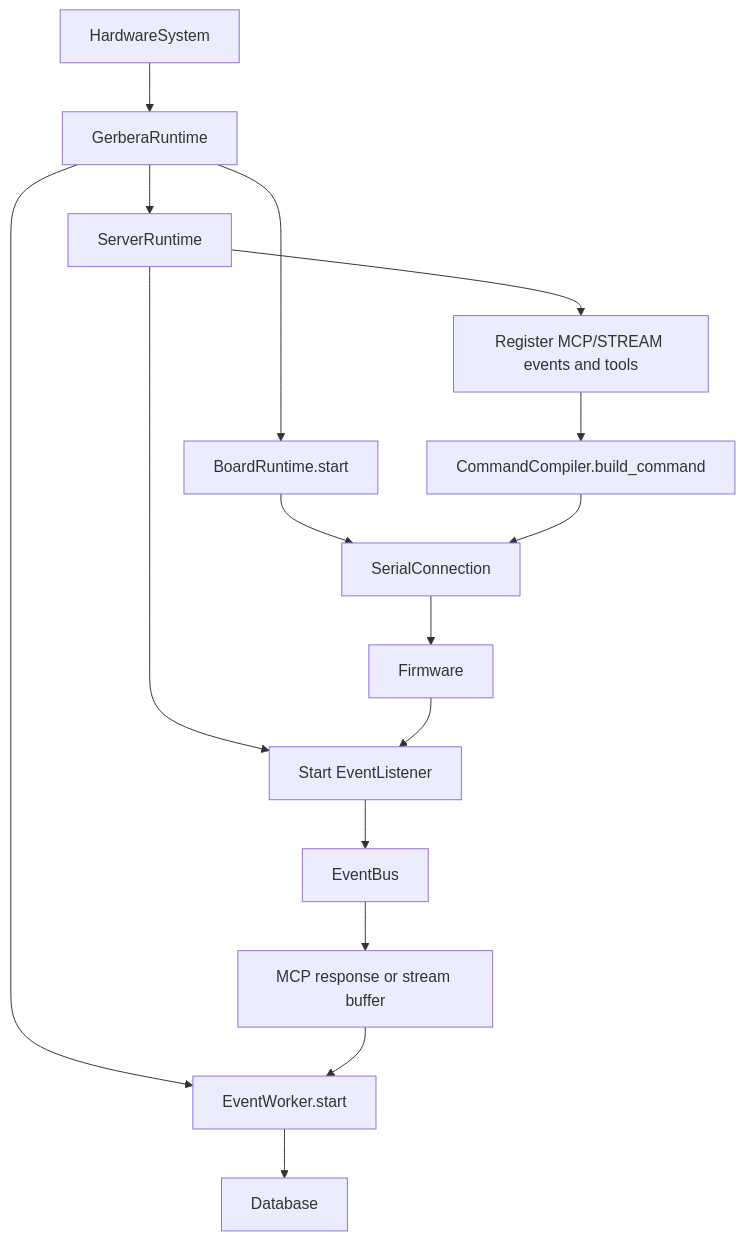
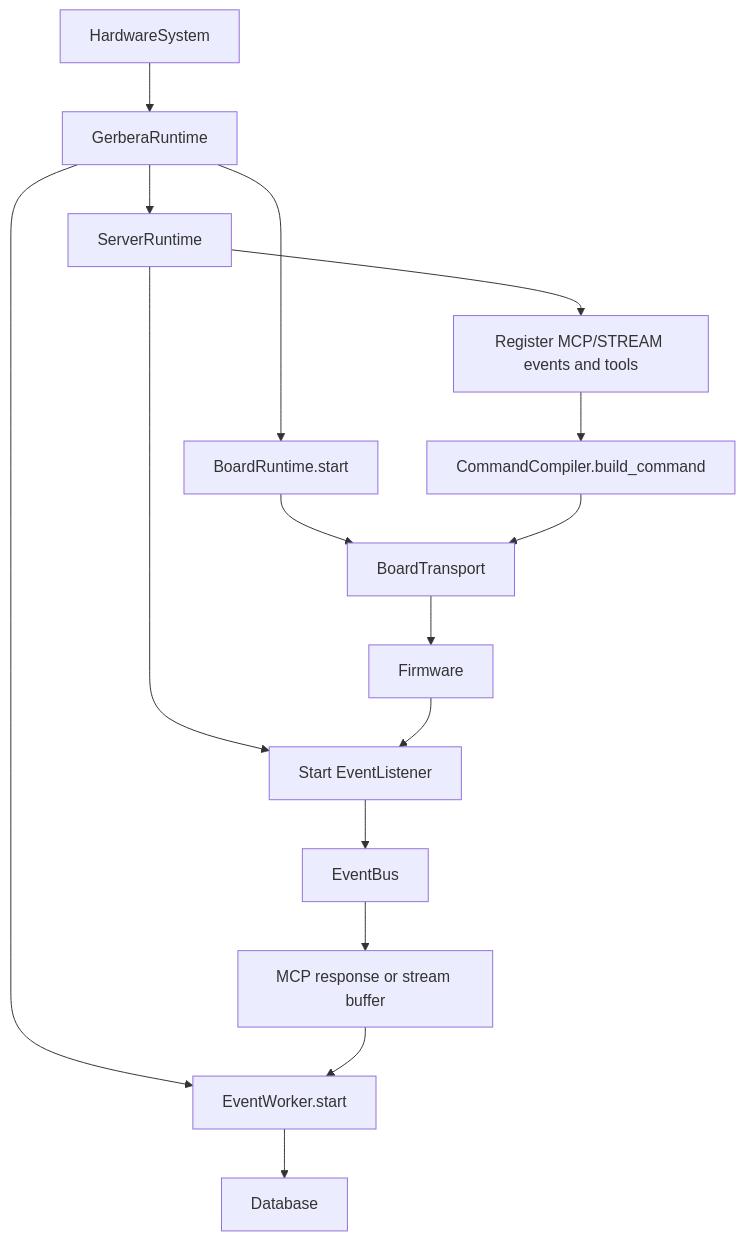
Before and after one commit to BaronLiu1993/gerbera: the diagram in src/gerbera_sdk/models/runtime/README.md, drawn with Mermaid. The commit also changed other lines of this file and 88 other files, not shown here.

````diff
--- a/src/gerbera_sdk/models/runtime/README.md
+++ b/src/gerbera_sdk/models/runtime/README.md
@@ -62,18 +62,18 @@
 ```mermaid
 flowchart TD
     A[HardwareSystem] --> B[GerberaRuntime]
     B --> C[BoardRuntime.start]
     B --> D[EventWorker.start]
     B --> E[ServerRuntime]
     E --> F[Register MCP/STREAM events and tools]
     E --> G[Start EventListener]
-    C --> H[SerialConnection]
+    C --> H[BoardTransport]
     F --> I[CommandCompiler.build_command]
     I --> H
     H --> J[Firmware]
     G --> K[EventBus]
     J --> G
     K --> L[MCP response or stream buffer]
     L --> D
     D --> M[Database]
 ```
````
